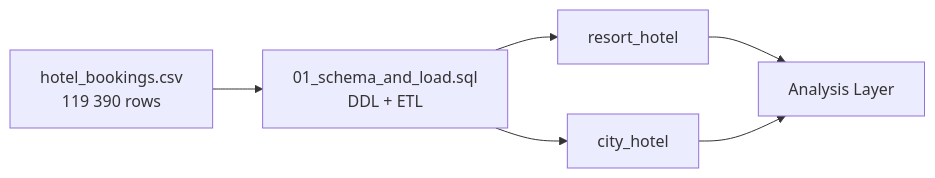
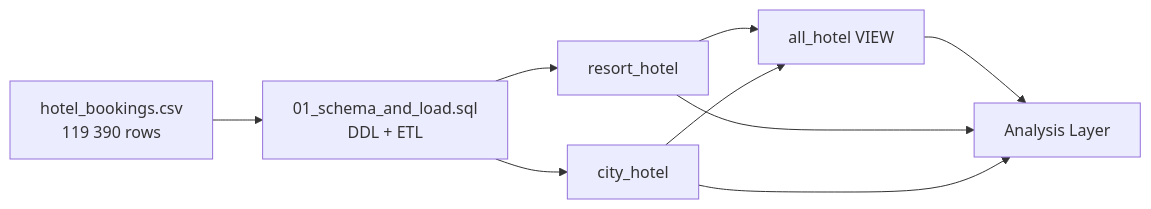
One commit to JBaptisteAll/Hotel_Booking_Analysis changed the diagram in README.md. Above: the diagram before and after it, drawn with Mermaid. The commit also changed other lines of this file and 3 other files, not shown here.

````diff
--- a/README.md
+++ b/README.md
@@ -28,8 +28,11 @@
 ```mermaid
 flowchart LR
   A[hotel_bookings.csv\n119 390 rows] --> B[01_schema_and_load.sql\nDDL + ETL]
   B --> C[resort_hotel]
   B --> D[city_hotel]
-  C --> E[Analysis Layer]
+  C --> F[all_hotel VIEW]
+  D --> F
+  F --> E[Analysis Layer]
+  C --> E
   D --> E
 ```
````
